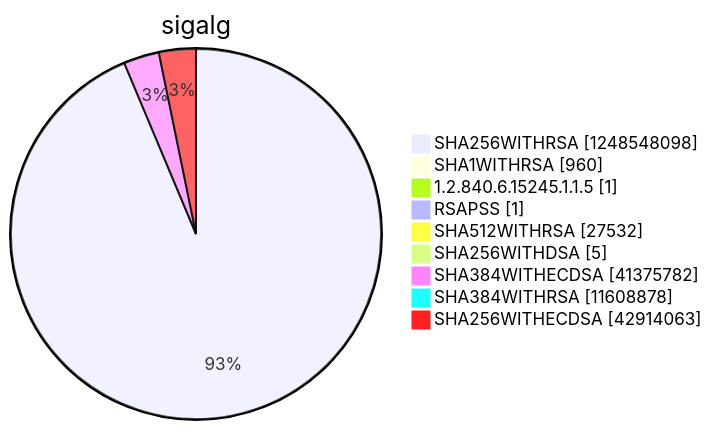
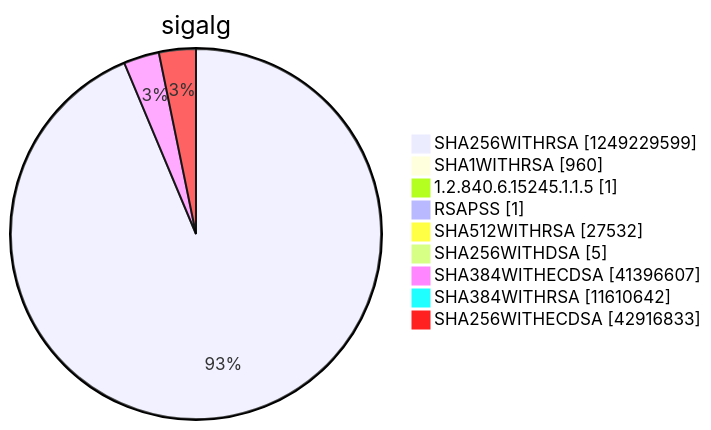
Diagram 15 of 15 in argon2022/README.md (christiankrug/ctmonitor_visualization), drawn with Mermaid before and after one commit. The commit also changed other lines of this file, not shown here.

````diff
--- a/argon2022/README.md
+++ b/argon2022/README.md
@@ -5522,13 +5522,13 @@
 ```mermaid
 pie showData
 title sigalg
-"SHA256WITHRSA" :1248548098
+"SHA256WITHRSA" :1249229599
 "SHA1WITHRSA" :960
 "1.2.840.6.15245.1.1.5" :1
 "RSAPSS" :1
 "SHA512WITHRSA" :27532
 "SHA256WITHDSA" :5
-"SHA384WITHECDSA" :41375782
-"SHA384WITHRSA" :11608878
-"SHA256WITHECDSA" :42914063
+"SHA384WITHECDSA" :41396607
+"SHA384WITHRSA" :11610642
+"SHA256WITHECDSA" :42916833
 ```
````
